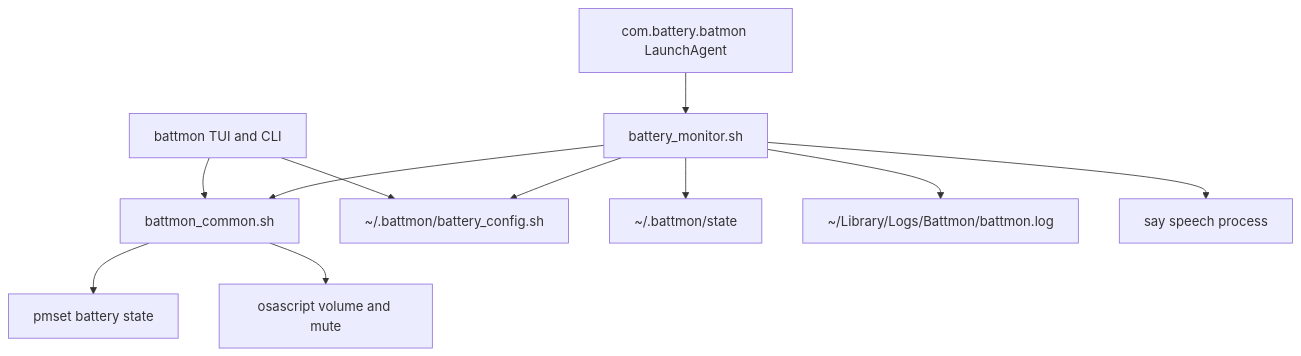
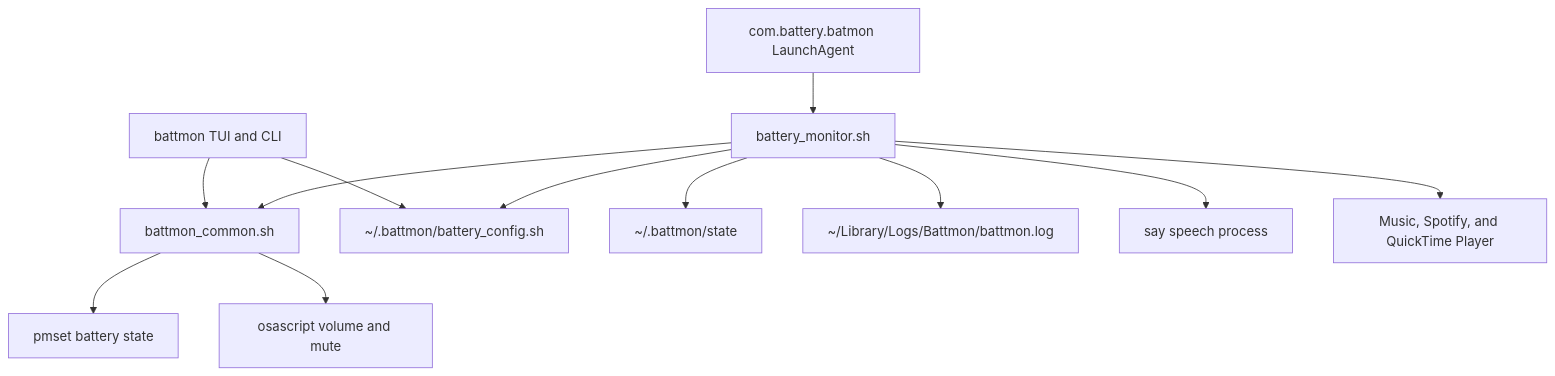
One commit to mufasa-debug/battmon changed the diagram in DEVELOPER_GUIDE.md. Above: the diagram before and after it, drawn with Mermaid. The commit also changed other lines of this file and 12 other files, not shown here.

````diff
--- a/DEVELOPER_GUIDE.md
+++ b/DEVELOPER_GUIDE.md
@@ -7,13 +7,14 @@
 ```mermaid
 flowchart TD
     CLI["battmon TUI and CLI"] --> COMMON["battmon_common.sh"]
     MONITOR["battery_monitor.sh"] --> COMMON
     CLI --> CONFIG["~/.battmon/battery_config.sh"]
     MONITOR --> CONFIG
     LAUNCHD["com.battery.batmon LaunchAgent"] --> MONITOR
     MONITOR --> STATE["~/.battmon/state"]
     MONITOR --> LOG["~/Library/Logs/Battmon/battmon.log"]
     COMMON --> PMSET["pmset battery state"]
     COMMON --> AUDIO["osascript volume and mute"]
     MONITOR --> SAY["say speech process"]
+    MONITOR --> MEDIA["Music, Spotify, and QuickTime Player"]
 ```
````
